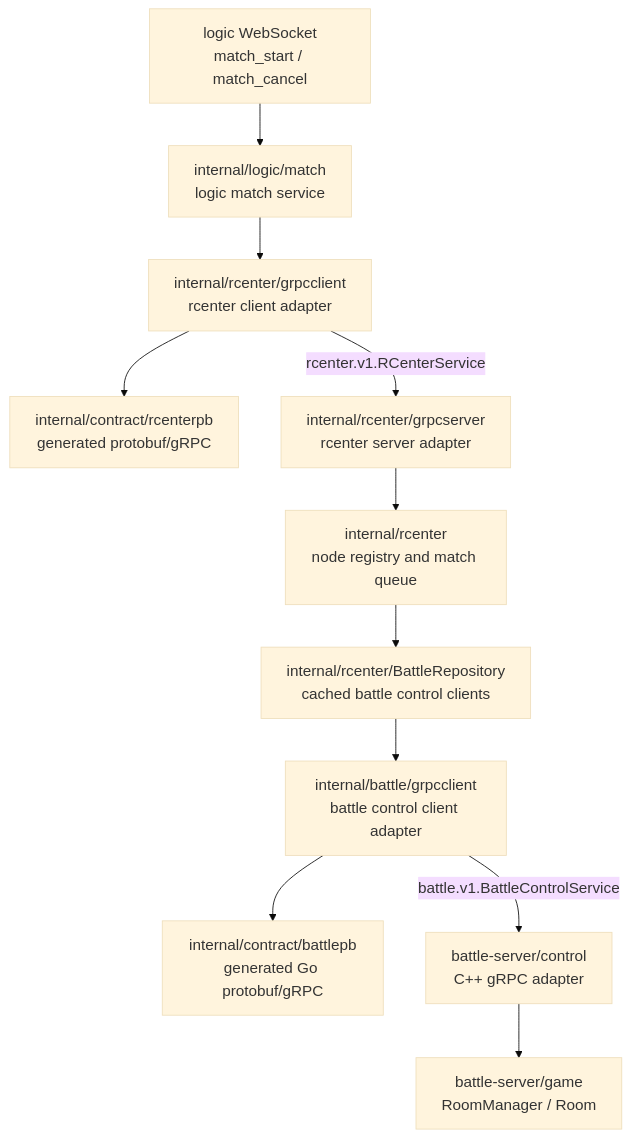
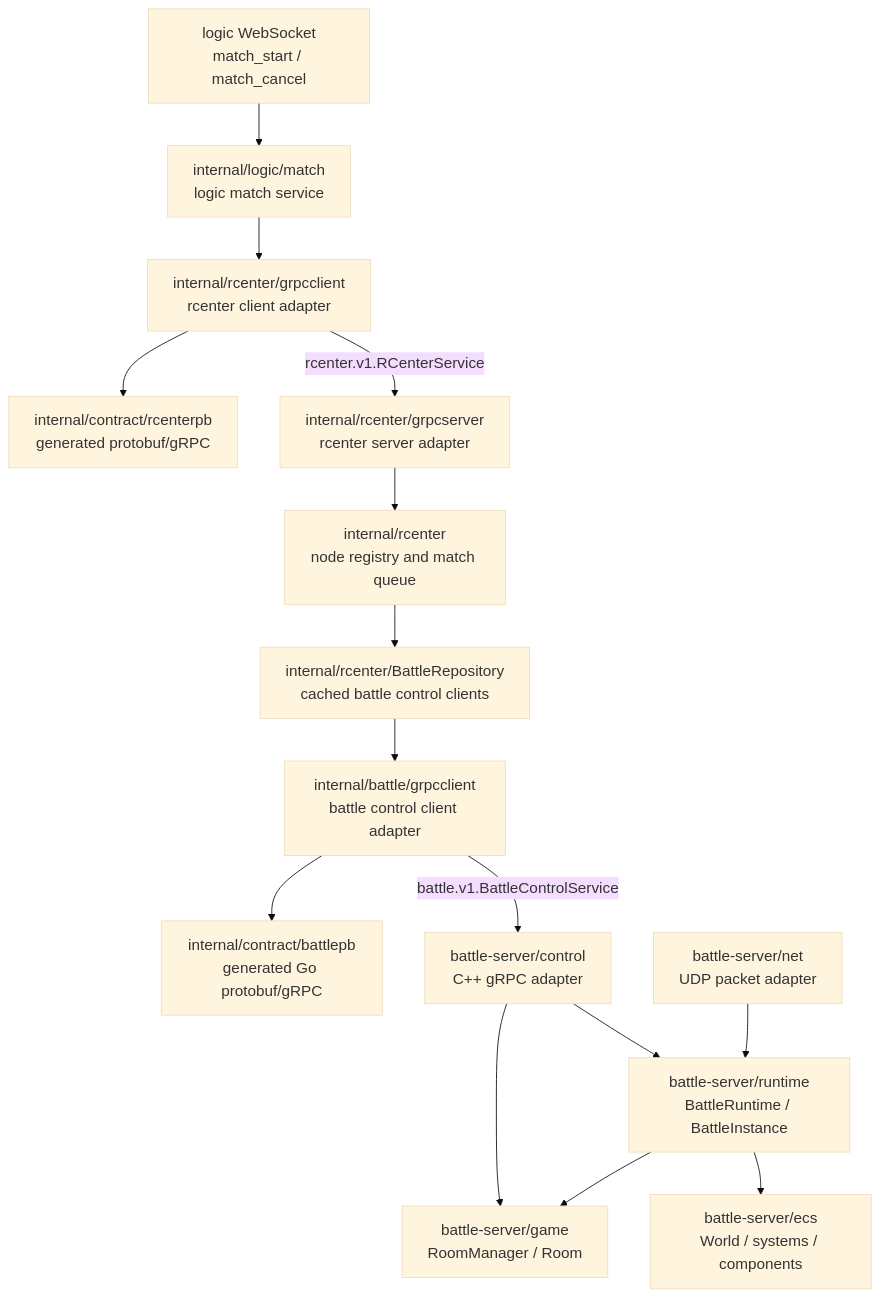
One commit to zzzhr666/server changed the third of 3 diagrams in docs/architecture.md. Above: the diagram before and after it, drawn with Mermaid. The commit also changed other lines of this file and 4 other files, not shown here.

````diff
--- a/docs/architecture.md
+++ b/docs/architecture.md
@@ -71,26 +71,33 @@
 ```mermaid
 %%{init: {"theme": "base", "themeVariables": {"fontSize": "18px", "fontFamily": "Arial"}}}%%
 flowchart TB
     ws["logic WebSocket<br/>match_start / match_cancel"]
     matchService["internal/logic/match<br/>logic match service"]
     rcenterClient["internal/rcenter/grpcclient<br/>rcenter client adapter"]
     rcenterPB["internal/contract/rcenterpb<br/>generated protobuf/gRPC"]
     rcenterServer["internal/rcenter/grpcserver<br/>rcenter server adapter"]
     rcenterService["internal/rcenter<br/>node registry and match queue"]
     battleRepo["internal/rcenter/BattleRepository<br/>cached battle control clients"]
     battleClient["internal/battle/grpcclient<br/>battle control client adapter"]
     battlePB["internal/contract/battlepb<br/>generated Go protobuf/gRPC"]
     battleCPP["battle-server/control<br/>C++ gRPC adapter"]
     roomManager["battle-server/game<br/>RoomManager / Room"]
+    udpServer["battle-server/net<br/>UDP packet adapter"]
+    runtime["battle-server/runtime<br/>BattleRuntime / BattleInstance"]
+    world["battle-server/ecs<br/>World / systems / components"]
 
     ws --> matchService
     matchService --> rcenterClient
     rcenterClient --> rcenterPB
     rcenterClient -->|"rcenter.v1.RCenterService"| rcenterServer
     rcenterServer --> rcenterService
     rcenterService --> battleRepo
     battleRepo --> battleClient
     battleClient --> battlePB
     battleClient -->|"battle.v1.BattleControlService"| battleCPP
     battleCPP --> roomManager
+    battleCPP --> runtime
+    udpServer --> runtime
+    runtime --> roomManager
+    runtime --> world
 ```
````
